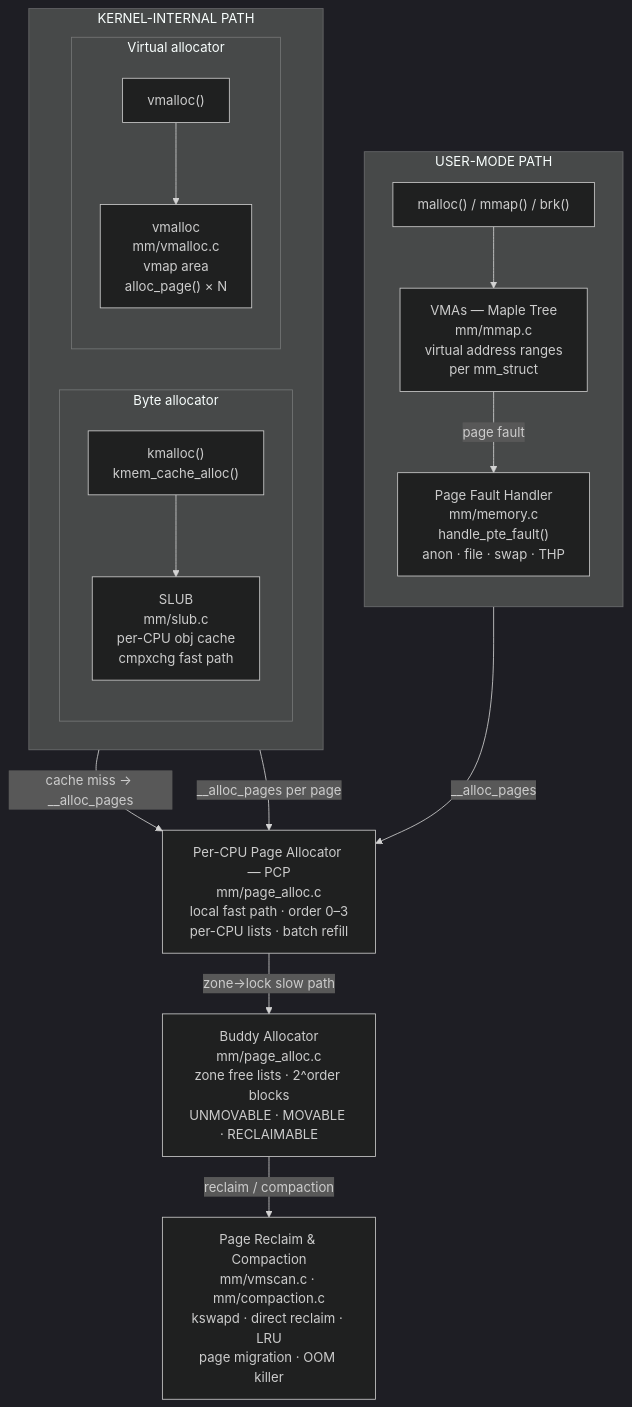
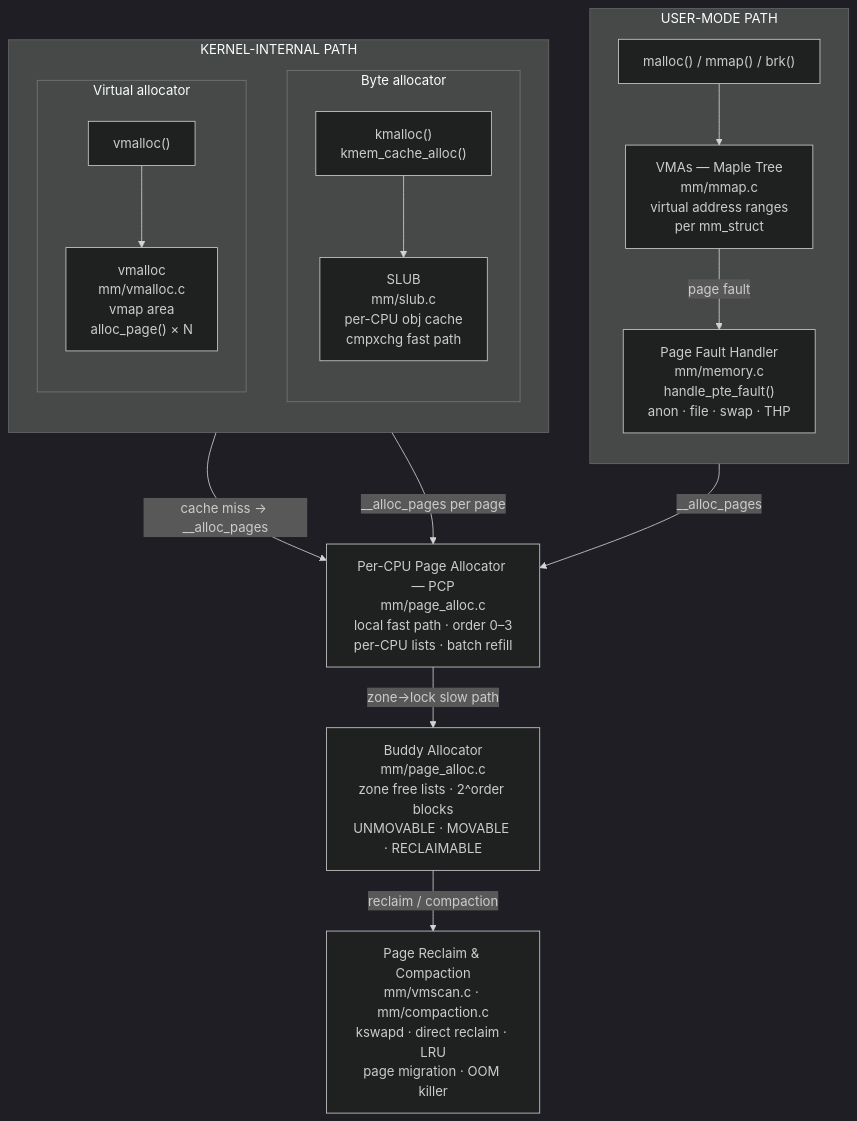
Before and after one commit to krushchavan/linux-research: the diagram in vault/subsystems/mm.md, drawn with Mermaid (dark theme).

Commit message:
docs: stack kernel-internal paths vertically to reduce diagram width

````diff
--- a/vault/subsystems/mm.md
+++ b/vault/subsystems/mm.md
@@ -40,39 +40,39 @@
 ```mermaid
 flowchart TB
 
     subgraph user ["USER-MODE PATH"]
         direction TB
         U1["malloc() / mmap() / brk()"]
         U2["VMAs — Maple Tree\nmm/mmap.c\nvirtual address ranges\nper mm_struct"]
         U3["Page Fault Handler\nmm/memory.c\nhandle_pte_fault()\nanon · file · swap · THP"]
         U1 --> U2
         U2 -->|page fault| U3
     end
 
     subgraph kernel ["KERNEL-INTERNAL PATH"]
-        direction LR
+        direction TB
         subgraph byte_alloc ["Byte allocator"]
             direction TB
             K1["kmalloc()\nkmem_cache_alloc()"]
             K2["SLUB\nmm/slub.c\nper-CPU obj cache\ncmpxchg fast path"]
             K1 --> K2
         end
         subgraph virt_alloc ["Virtual allocator"]
             direction TB
             V1["vmalloc()"]
             V2["vmalloc\nmm/vmalloc.c\nvmap area\nalloc_page() × N"]
             V1 --> V2
         end
     end
 
     U3 -->|__alloc_pages| PCP
     K2 -->|cache miss → __alloc_pages| PCP
     V2 -->|__alloc_pages per page| PCP
 
     PCP["Per-CPU Page Allocator — PCP\nmm/page_alloc.c\nlocal fast path · order 0–3\nper-CPU lists · batch refill"]
     Buddy["Buddy Allocator\nmm/page_alloc.c\nzone free lists · 2^order blocks\nUNMOVABLE · MOVABLE · RECLAIMABLE"]
     Reclaim["Page Reclaim & Compaction\nmm/vmscan.c · mm/compaction.c\nkswapd · direct reclaim · LRU\npage migration · OOM killer"]
 
     PCP -->|zone→lock  slow path| Buddy
     Buddy -->|reclaim / compaction| Reclaim
 ```
````
